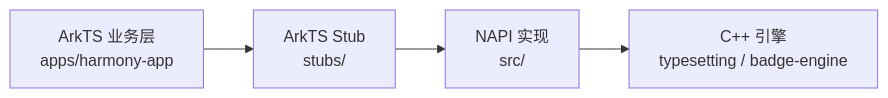
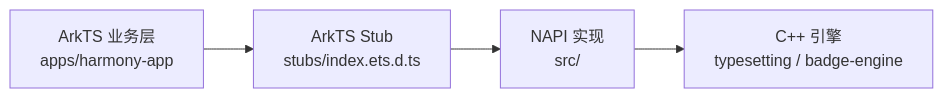
The diagram in docs/01-bridge-design.md (readmigo-cn/napi-bridge), drawn with Mermaid before and after one commit. The commit also changed other lines of this file and 3 other files, not shown here.

First line of the commit message:
feat(stubs): add full Node + ArkTS typings and rewrite contract docs (P2-A/B/C)

````diff
--- a/docs/01-bridge-design.md
+++ b/docs/01-bridge-design.md
@@ -9,6 +9,6 @@
 ```mermaid
 graph LR
-  ArkTS["ArkTS 业务层<br/>apps/harmony-app"] --> Stub["ArkTS Stub<br/>stubs/"]
+  ArkTS["ArkTS 业务层<br/>apps/harmony-app"] --> Stub["ArkTS Stub<br/>stubs/index.ets.d.ts"]
   Stub --> Napi["NAPI 实现<br/>src/"]
   Napi --> Cpp["C++ 引擎<br/>typesetting / badge-engine"]
 ```
````
